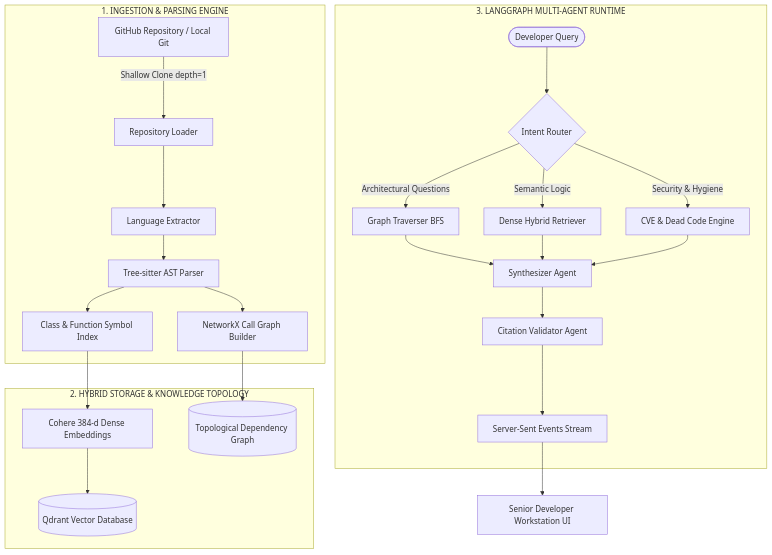
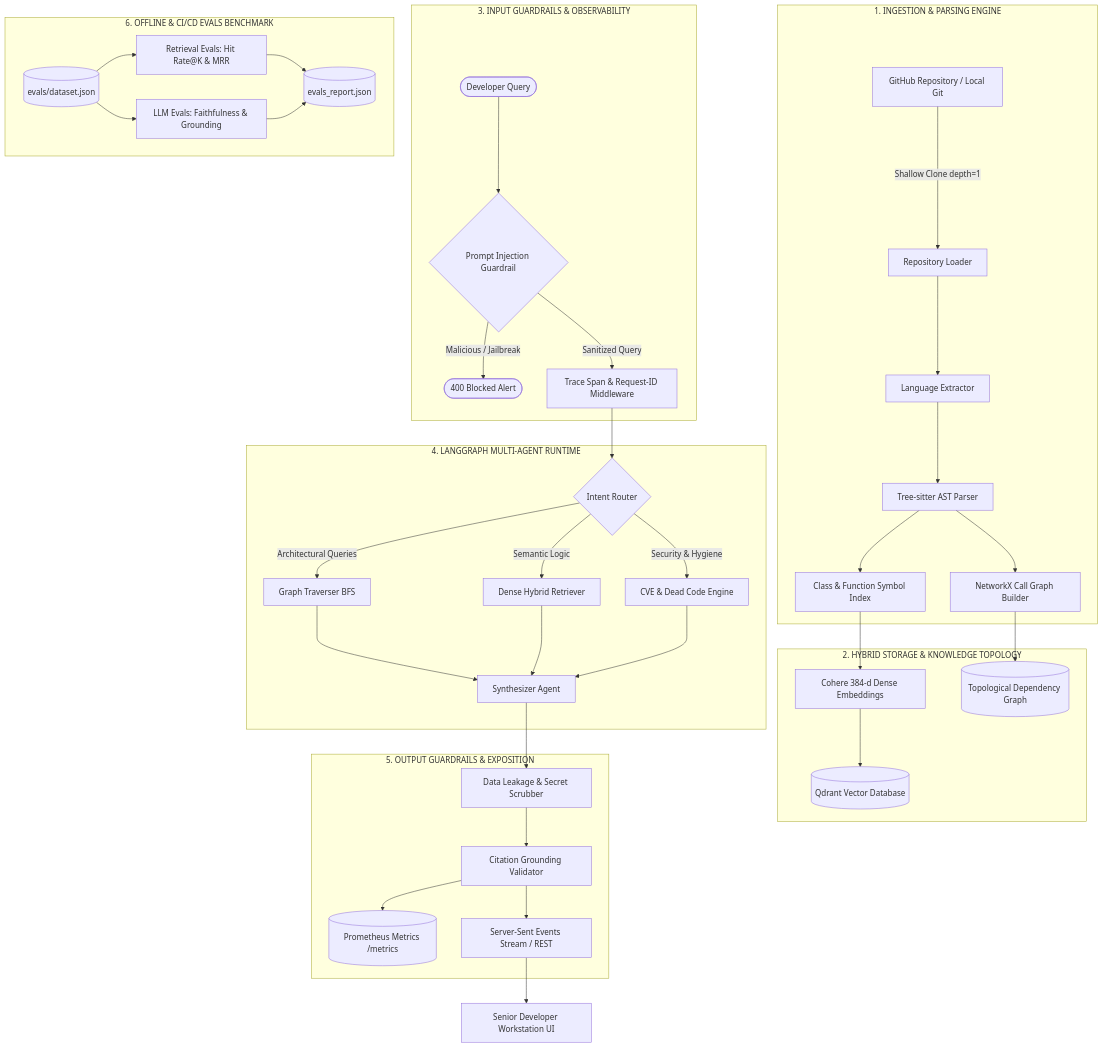
One commit to Mayank459/CodeBase changed the diagram in README.md. Above: the diagram before and after it, drawn with Mermaid. The commit also changed other lines of this file and 25 other files, not shown here.

Commit message:
feat: add RAG evals suite, enterprise guardrails, Prometheus observability, and CI/CD DevOps

````diff
--- a/README.md
+++ b/README.md
@@ -33,32 +37,49 @@
 ```mermaid
 flowchart TD
     subgraph INGESTION["1. INGESTION & PARSING ENGINE"]
         GH[GitHub Repository / Local Git] -->|Shallow Clone depth=1| CLN[Repository Loader]
         CLN --> SCAN[Language Extractor]
         SCAN --> TS[Tree-sitter AST Parser]
         TS --> ENT[Class & Function Symbol Index]
         TS --> NX[NetworkX Call Graph Builder]
     end
 
     subgraph STORAGE["2. HYBRID STORAGE & KNOWLEDGE TOPOLOGY"]
         ENT --> COHERE[Cohere 384-d Dense Embeddings]
         COHERE --> QDRANT[(Qdrant Vector Database)]
         NX --> GRAPH_STORE[(Topological Dependency Graph)]
     end
 
-    subgraph ORCHESTRATION["3. LANGGRAPH MULTI-AGENT RUNTIME"]
-        USR([Developer Query]) --> ROUTER{Intent Router}
-        ROUTER -->|Architectural Questions| BFS[Graph Traverser BFS]
+    subgraph GUARDRAILS_IN["3. INPUT GUARDRAILS & OBSERVABILITY"]
+        DEV([Developer Query]) --> G_IN{Prompt Injection Guardrail}
+        G_IN -->|Malicious / Jailbreak| BLK([400 Blocked Alert])
+        G_IN -->|Sanitized Query| TRACE[Trace Span & Request-ID Middleware]
+    end
+
+    subgraph ORCHESTRATION["4. LANGGRAPH MULTI-AGENT RUNTIME"]
+        TRACE --> ROUTER{Intent Router}
+        ROUTER -->|Architectural Queries| BFS[Graph Traverser BFS]
         ROUTER -->|Semantic Logic| VEC[Dense Hybrid Retriever]
         ROUTER -->|Security & Hygiene| AUDIT[CVE & Dead Code Engine]
         
         BFS --> SYNTH[Synthesizer Agent]
         VEC --> SYNTH
         AUDIT --> SYNTH
-        
-        SYNTH --> VAL[Citation Validator Agent]
-        VAL --> SSE[Server-Sent Events Stream]
+    end
+
+    subgraph GUARDRAILS_OUT["5. OUTPUT GUARDRAILS & EXPOSITION"]
+        SYNTH --> G_LEAK[Data Leakage & Secret Scrubber]
+        G_LEAK --> G_CIT[Citation Grounding Validator]
+        G_CIT --> PROM[(Prometheus Metrics /metrics)]
+        G_CIT --> SSE[Server-Sent Events Stream / REST]
+    end
+
+    subgraph EVALS["6. OFFLINE & CI/CD EVALS BENCHMARK"]
+        BENCH[(evals/dataset.json)] --> RET_EVAL[Retrieval Evals: Hit Rate@K & MRR]
+        BENCH --> LLM_EVAL[LLM Evals: Faithfulness & Grounding]
+        RET_EVAL --> REPORT[(evals_report.json)]
+        LLM_EVAL --> REPORT
     end
 
     SSE --> FE[Senior Developer Workstation UI]
 ```
````
